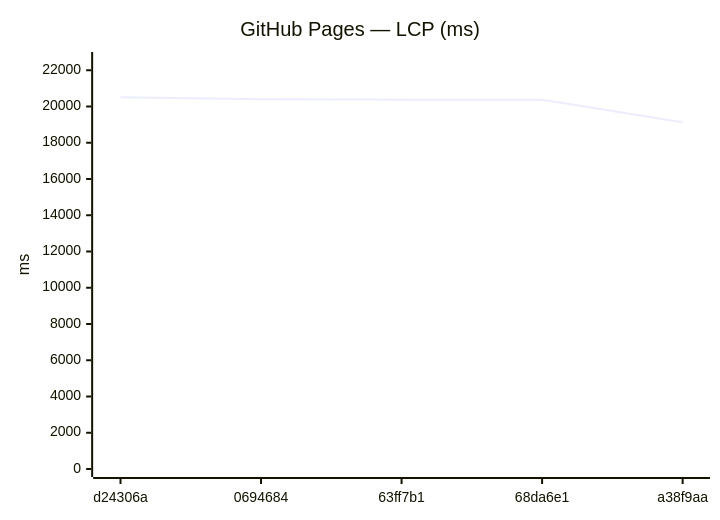
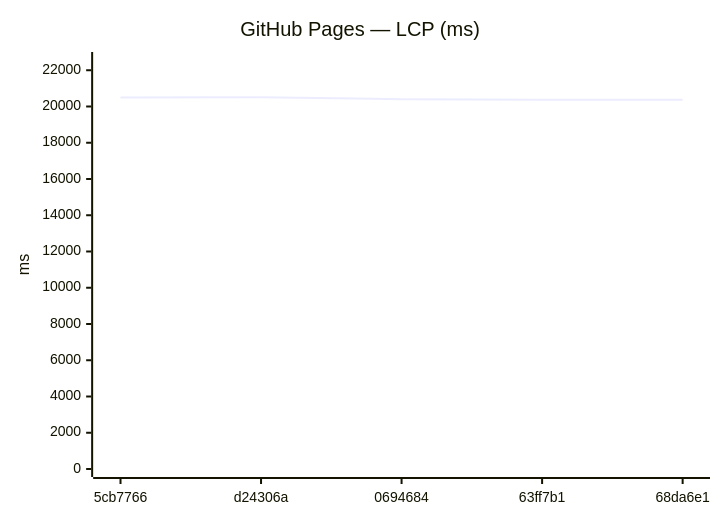
One commit to Metaheurist/Rianell changed the ninth of 18 diagrams in benchmarks/compare.md. Above: the diagram before and after it, drawn with Mermaid. The commit also changed other lines of this file and 11 other files, not shown here.

````diff
--- a/benchmarks/compare.md
+++ b/benchmarks/compare.md
@@ -142,7 +142,7 @@
 ```mermaid
 xychart-beta
     title "GitHub Pages — LCP (ms)"
-    x-axis ["d24306a", "0694684", "63ff7b1", "68da6e1", "a38f9aa"]
+    x-axis ["5cb7766", "d24306a", "0694684", "63ff7b1", "68da6e1"]
     y-axis "ms" 0 --> 22565
-    line [20513, 20406, 20374, 20366, 19133]
+    line [20501, 20513, 20406, 20374, 20366]
 ```
````
